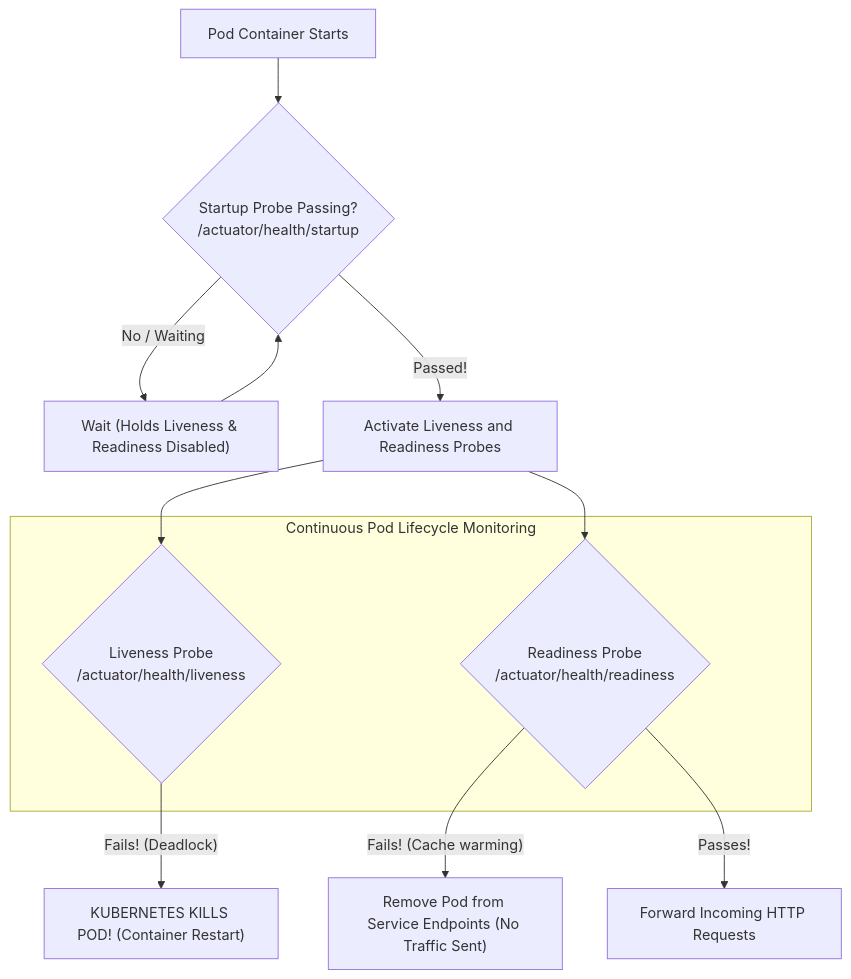
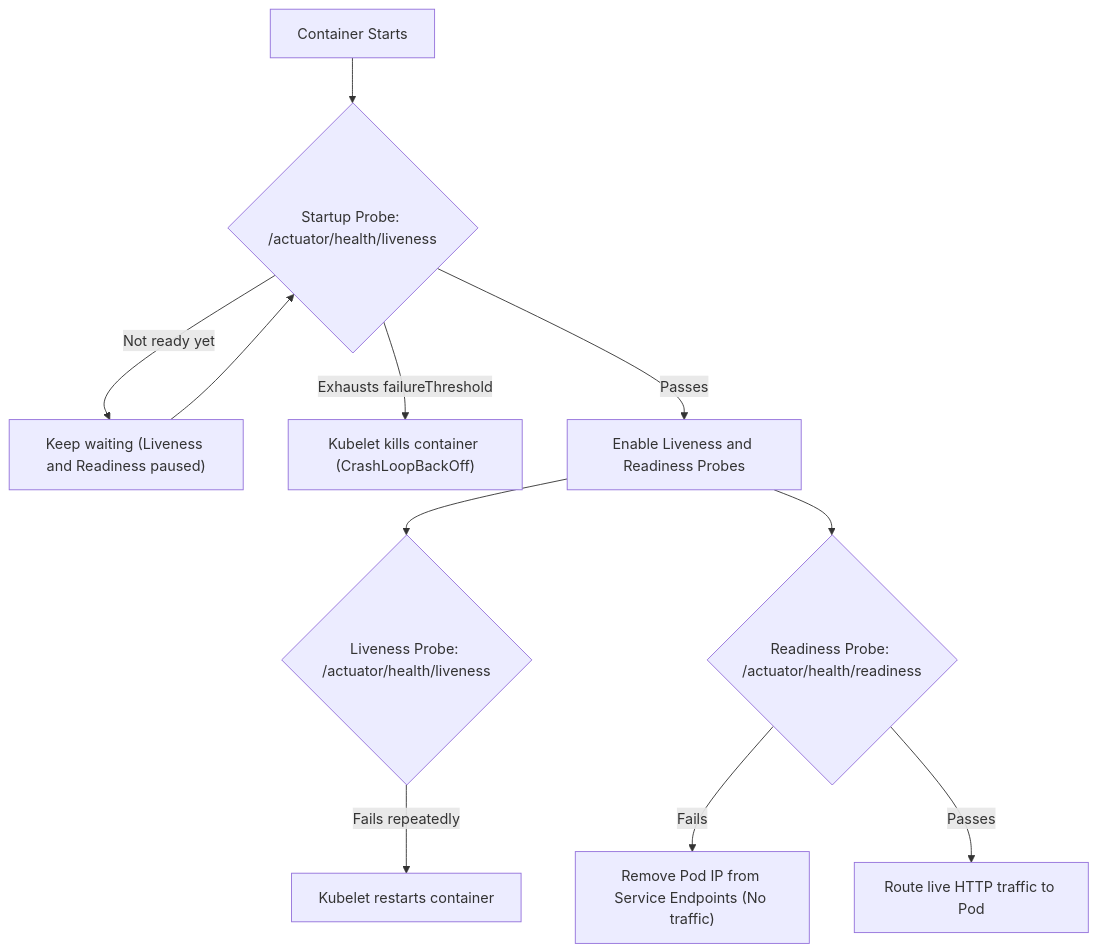
Before and after one commit to ravishankar2463/java_hub: the third of 3 diagrams in content/roadmap/level-12/kubernetes-k8s-for-java-devs.md, drawn with Mermaid. The commit also changed other lines of this file and 119 other files, not shown here.

Commit message:
feat: add comprehensive java learning roadmap content across multiple levels

````diff
--- a/content/roadmap/level-12/kubernetes-k8s-for-java-devs.md
+++ b/content/roadmap/level-12/kubernetes-k8s-for-java-devs.md
@@ -181,20 +222,15 @@
 ```mermaid
 flowchart TD
-    PodStart["Pod Container Starts"] --> StartupProbe{"Startup Probe Passing?<br/>/actuator/health/startup"}
-    StartupProbe -->|"No / Waiting"| WaitStart["Wait (Holds Liveness & Readiness Disabled)"]
-    WaitStart --> StartupProbe
-    
-    StartupProbe -->|"Passed!"| RunProbes["Activate Liveness and Readiness Probes"]
+    Start["Container Starts"] --> Startup{"Startup Probe: /actuator/health/liveness"}
+    Startup -->|"Not ready yet"| Wait["Keep waiting (Liveness and Readiness paused)"]
+    Wait --> Startup
+    Startup -->|"Exhausts failureThreshold"| KillStart["Kubelet kills container (CrashLoopBackOff)"]
 
-    subgraph ActiveProbes ["Continuous Pod Lifecycle Monitoring"]
-        LivenessProbe{"Liveness Probe<br/>/actuator/health/liveness"}
-        ReadinessProbe{"Readiness Probe<br/>/actuator/health/readiness"}
-    end
+    Startup -->|"Passes"| Active["Enable Liveness and Readiness Probes"]
+    Active --> Live{"Liveness Probe: /actuator/health/liveness"}
+    Active --> Ready{"Readiness Probe: /actuator/health/readiness"}
 
-    RunProbes --> LivenessProbe
-    RunProbes --> ReadinessProbe
-
-    LivenessProbe -->|"Fails! (Deadlock)"| Restart["KUBERNETES KILLS POD! (Container Restart)"]
-    ReadinessProbe -->|"Fails! (Cache warming)"| Unroute["Remove Pod from Service Endpoints (No Traffic Sent)"]
-    ReadinessProbe -->|"Passes!"| Route["Forward Incoming HTTP Requests"]
+    Live -->|"Fails repeatedly"| Restart["Kubelet restarts container"]
+    Ready -->|"Fails"| Remove["Remove Pod IP from Service Endpoints (No traffic)"]
+    Ready -->|"Passes"| Serve["Route live HTTP traffic to Pod"]
 ```
````
